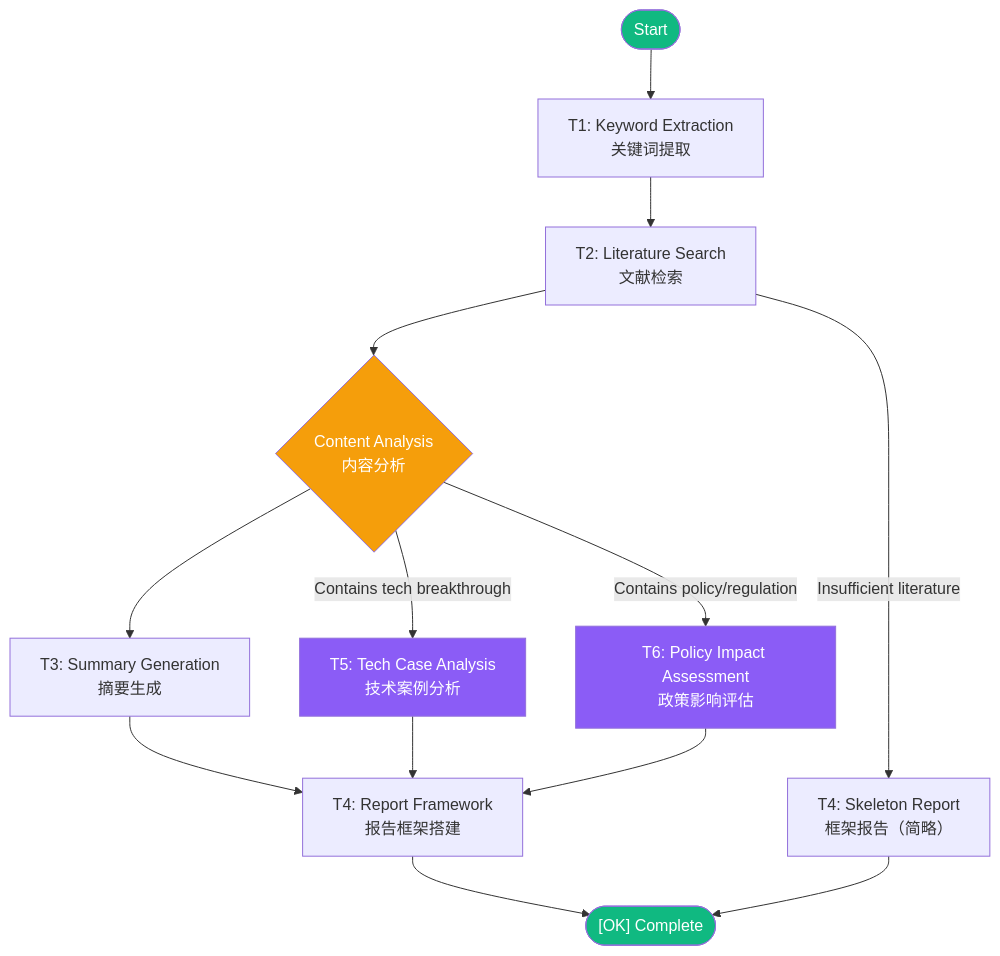
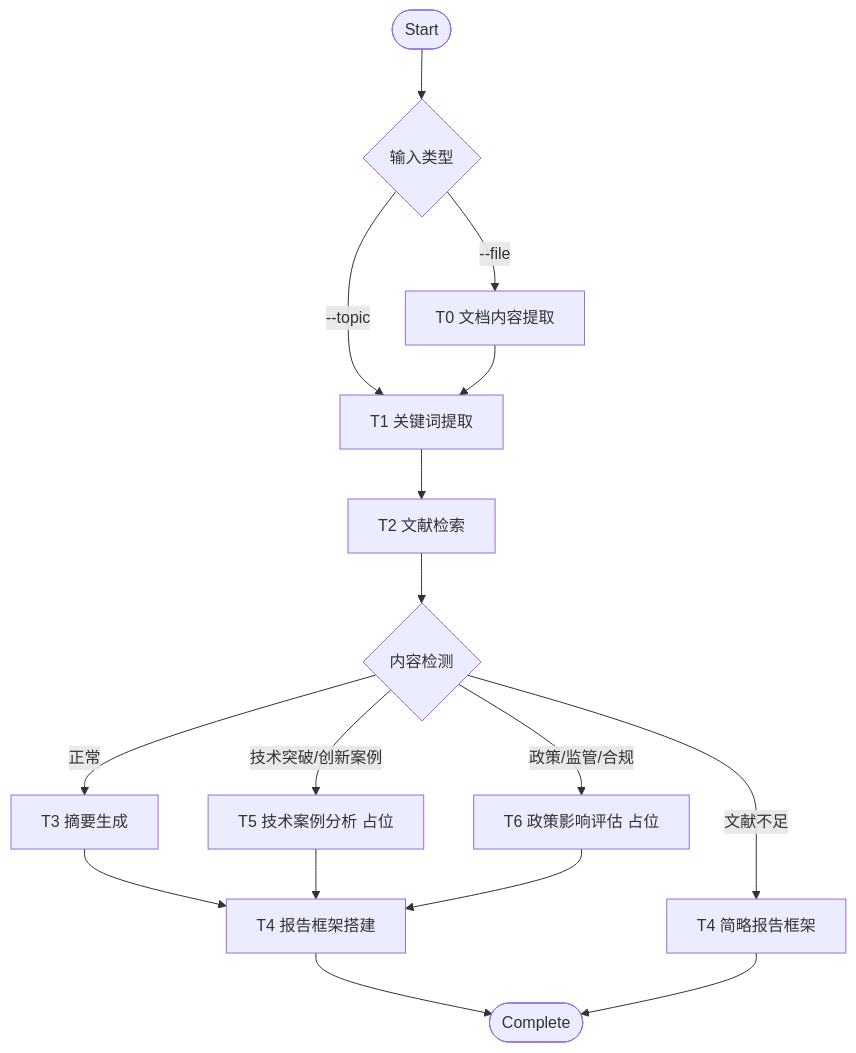
Before and after one commit to cheese-sansan/weisse-wunderstern: the diagram in README.md, drawn with Mermaid. The commit also changed other lines of this file and 5 other files, not shown here.

````diff
--- a/README.md
+++ b/README.md
@@ -21,21 +85,18 @@
 ```mermaid
 flowchart TD
-  START([" Start"]) --> T1["T1: Keyword Extraction\n关键词提取"]
-  T1 --> T2["T2: Literature Search\n文献检索"]
-  T2 --> CHECK{"Content Analysis\n内容分析"}
-  CHECK -->|"Contains tech breakthrough"| T5["T5: Tech Case Analysis\n技术案例分析"]
-  CHECK -->|"Contains policy/regulation"| T6["T6: Policy Impact Assessment\n政策影响评估"]
-  CHECK --> T3["T3: Summary Generation\n摘要生成"]
-  T2 -->|"Insufficient literature"| T4_SKIP["T4: Skeleton Report\n框架报告（简略）"]
-  T3 --> T4["T4: Report Framework\n报告框架搭建"]
+  START(["Start"]) --> INPUT{"输入类型"}
+  INPUT -->|"--file"| T0["T0 文档内容提取"]
+  INPUT -->|"--topic"| T1["T1 关键词提取"]
+  T0 --> T1
+  T1 --> T2["T2 文献检索"]
+  T2 --> CHECK{"内容检测"}
+  CHECK -->|"文献不足"| T4S["T4 简略报告框架"]
+  CHECK -->|"正常"| T3["T3 摘要生成"]
+  CHECK -->|"技术突破/创新案例"| T5["T5 技术案例分析 占位"]
+  CHECK -->|"政策/监管/合规"| T6["T6 政策影响评估 占位"]
+  T3 --> T4["T4 报告框架搭建"]
   T5 --> T4
   T6 --> T4
-  T4 --> END(["[OK] Complete"])
-  T4_SKIP --> END
-
-  style START fill:#10b981,color:#fff
-  style END fill:#10b981,color:#fff
-  style CHECK fill:#f59e0b,color:#fff
-  style T5 fill:#8b5cf6,color:#fff
-  style T6 fill:#8b5cf6,color:#fff
+  T4 --> END(["Complete"])
+  T4S --> END
 ```
````
